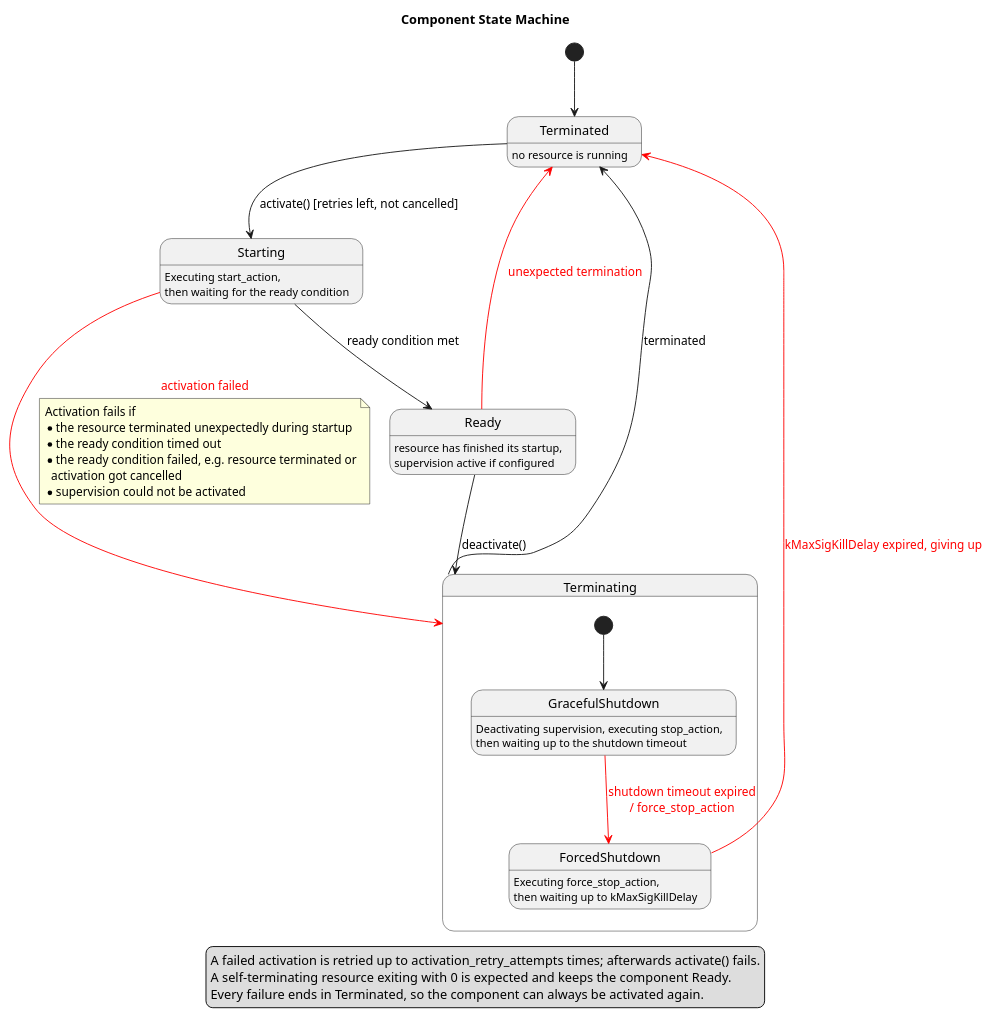
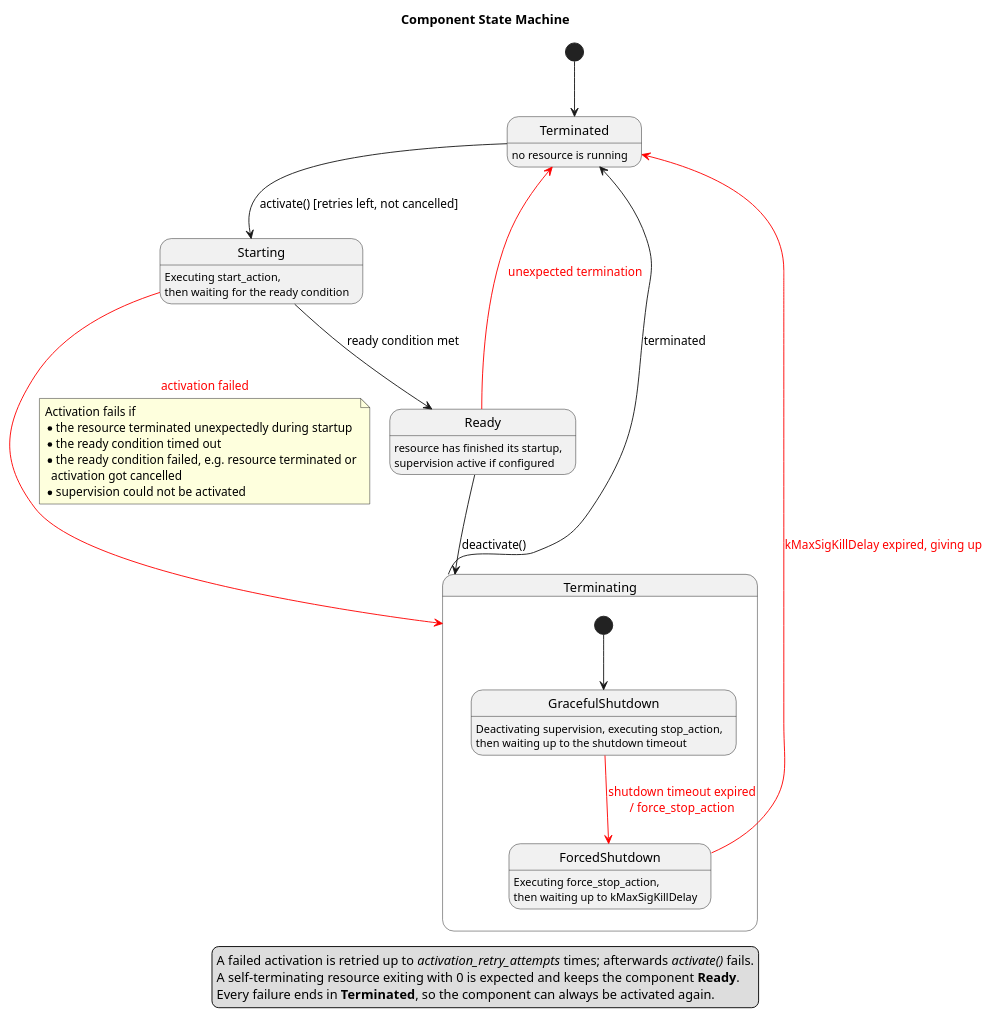
One commit to eclipse-score/lifecycle changed the diagram in score/launch_manager/docs/detailed_design/_assets/component_states.puml. Above: the diagram before and after it, drawn with PlantUML. The commit also changed 3 other files, not shown here.

```diff
--- a/score/launch_manager/docs/detailed_design/_assets/component_states.puml
+++ b/score/launch_manager/docs/detailed_design/_assets/component_states.puml
@@ -14,42 +14,42 @@
 @startuml component_states
 
 title Component State Machine
 
 state Terminated : no resource is running
 state Starting : Executing start_action,\nthen waiting for the ready condition
 state Ready : resource has finished its startup,\nsupervision active if configured
 state Terminating {
   state GracefulShutdown : Deactivating supervision, executing stop_action,\nthen waiting up to the shutdown timeout
   state ForcedShutdown : Executing force_stop_action,\nthen waiting up to kMaxSigKillDelay
 
   [*] --> GracefulShutdown
   GracefulShutdown -[#red]-> ForcedShutdown : <color:red>shutdown timeout expired</color>\n<color:red>/ force_stop_action</color>
 }
 
 [*] -d-> Terminated
 
 Terminated -down-> Starting : activate() [retries left, not cancelled]
 Starting --> Ready : ready condition met
 Starting -[#red]-> Terminating : <color:red>activation failed</color>
 note on link
   Activation fails if
   * the resource terminated unexpectedly during startup
   * the ready condition timed out
   * the ready condition failed, e.g. resource terminated or
     activation got cancelled
   * supervision could not be activated
 end note
 
 Ready --> Terminating : deactivate()
 Ready -up[#red]-> Terminated : <color:red>unexpected termination</color>
 
 Terminating -up-> Terminated : terminated
 ForcedShutdown -up[#red]-> Terminated : <color:red>kMaxSigKillDelay expired, giving up</color>
 
 legend bottom
-  A failed activation is retried up to activation_retry_attempts times; afterwards activate() fails.
-  A self-terminating resource exiting with 0 is expected and keeps the component Ready.
-  Every failure ends in Terminated, so the component can always be activated again.
+  A failed activation is retried up to //activation_retry_attempts// times; afterwards //activate()// fails.
+  A self-terminating resource exiting with 0 is expected and keeps the component **Ready**.
+  Every failure ends in **Terminated**, so the component can always be activated again.
 endlegend
 
 @enduml
```
